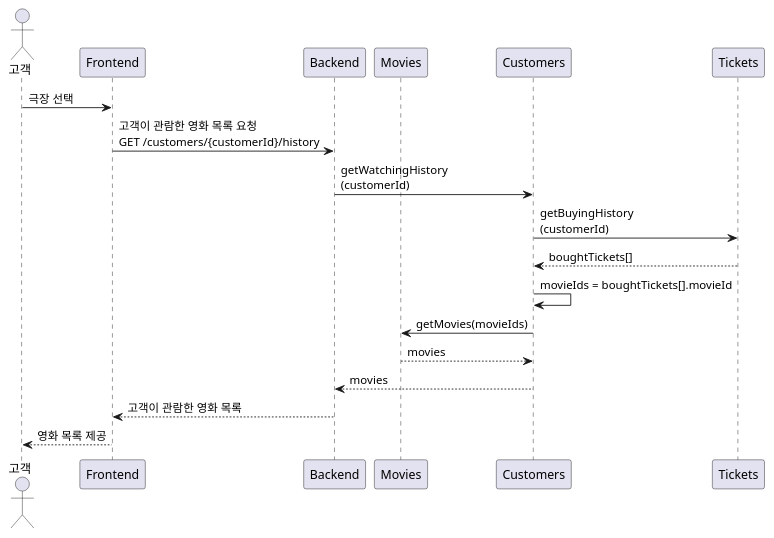
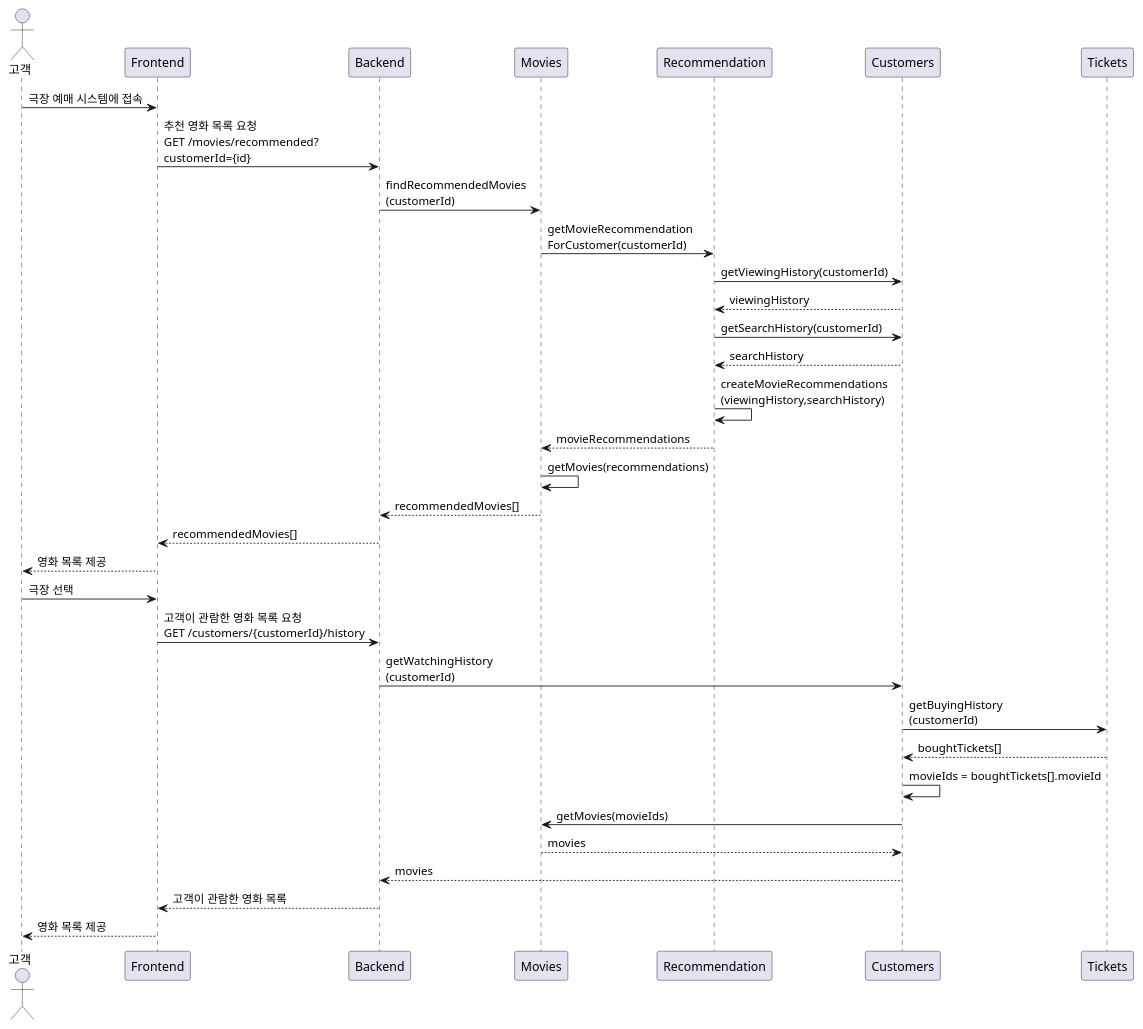
The second of 2 diagrams in docs/buy-tickets.md (mannercode/backend-fundamentals), drawn with PlantUML before and after one commit. The commit also changed other lines of this file, not shown here.

Commit message:
극장 예매 시스템에 추천 영화 목록 기능 추가

````diff
--- a/docs/buy-tickets.md
+++ b/docs/buy-tickets.md
@@ -136,23 +130,39 @@
 ```plantuml
 @startuml
 actor 고객 as customer
 participant "Frontend" as front
 participant "Backend" as back
 participant "Movies" as movies
+participant "Recommendation" as recommend
 participant "Customers" as customsvc
 participant "Tickets" as tickets
+
+customer -> front : 극장 예매 시스템에 접속
+front -> back : 추천 영화 목록 요청\nGET /movies/recommended?\ncustomerId={id}
+back -> movies : findRecommendedMovies\n(customerId)
+movies -> recommend : getMovieRecommendation\nForCustomer(customerId)
+recommend -> customsvc : getViewingHistory(customerId)
+recommend <-- customsvc : viewingHistory
+recommend -> customsvc : getSearchHistory(customerId)
+recommend <-- customsvc : searchHistory
+recommend -> recommend : createMovieRecommendations\n(viewingHistory,searchHistory)
+movies <-- recommend : movieRecommendations
+movies -> movies : getMovies(recommendations)
+back <-- movies : recommendedMovies[]
+front <-- back : recommendedMovies[]
+customer <-- front : 영화 목록 제공
 
 customer -> front : 극장 선택
 front -> back : 고객이 관람한 영화 목록 요청\nGET /customers/{customerId}/history
 back -> customsvc : getWatchingHistory\n(customerId)
 customsvc -> tickets : getBuyingHistory\n(customerId)
 customsvc <-- tickets : boughtTickets[]
 customsvc -> customsvc : movieIds = boughtTickets[].movieId
 customsvc -> movies : getMovies(movieIds)
 customsvc <-- movies : movies
 back <-- customsvc : movies
 front <-- back : 고객이 관람한 영화 목록
 customer <-- front : 영화 목록 제공
 @enduml
 
 ```
````
